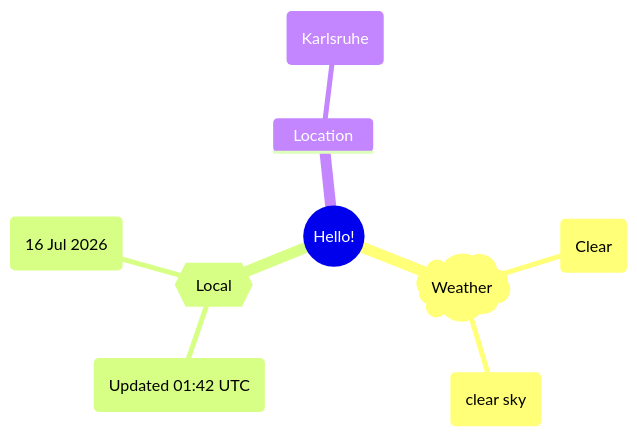
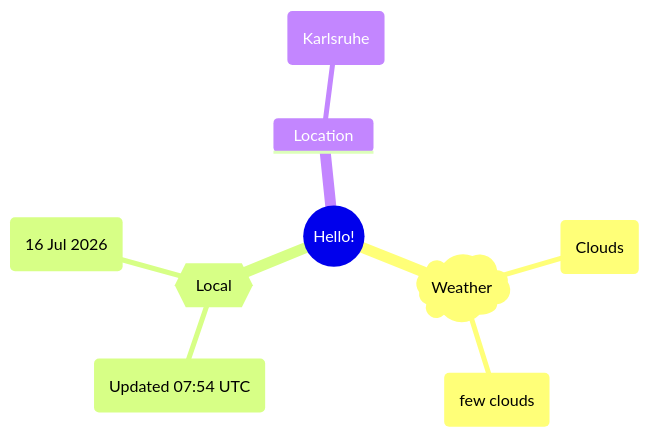
Before and after one commit to Xosrov/Xosrov: the first of 2 diagrams in README.md, drawn with Mermaid.

Commit message:
[bot] updated images

````diff
--- a/README.md
+++ b/README.md
@@ -3,12 +3,12 @@
 ```mermaid
 mindmap
   root((Hello!))
     )Weather(
-        (Clear)
-        (clear sky)
+        (Clouds)
+        (few clouds)
     {{Local}}
-        (Updated 01:42 UTC)
+        (Updated 07:54 UTC)
         (16 Jul 2026)
     Location
         (Karlsruhe)
 ```
````
